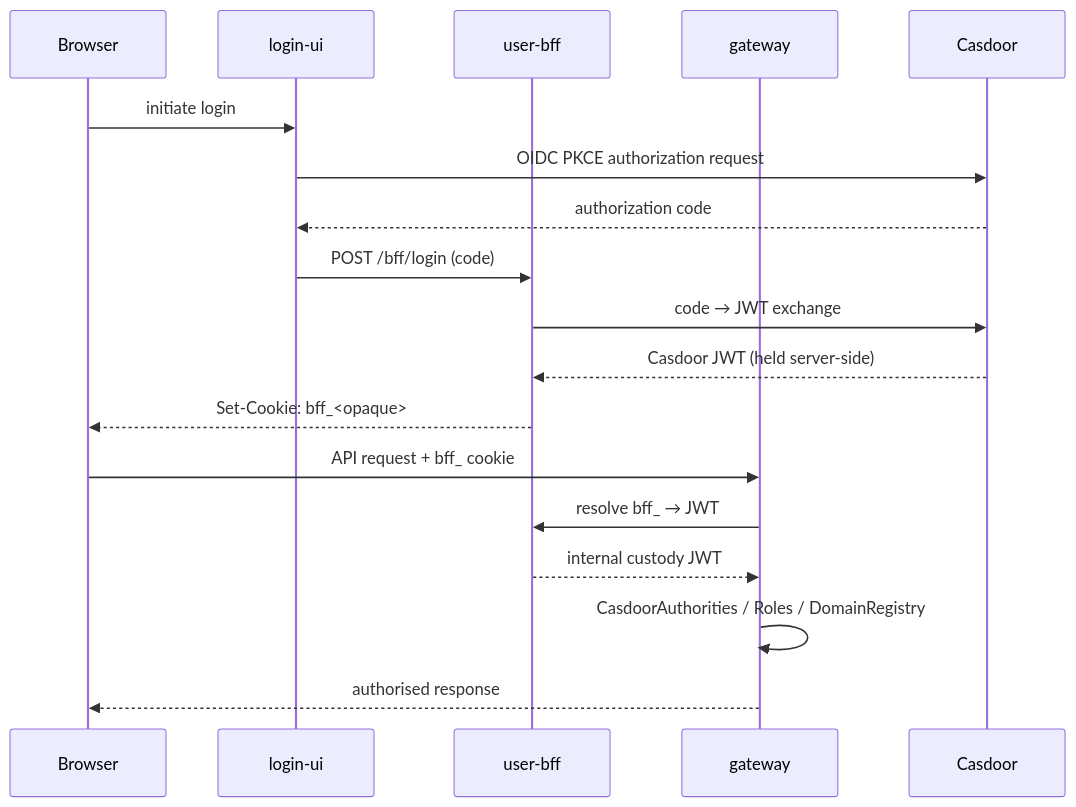
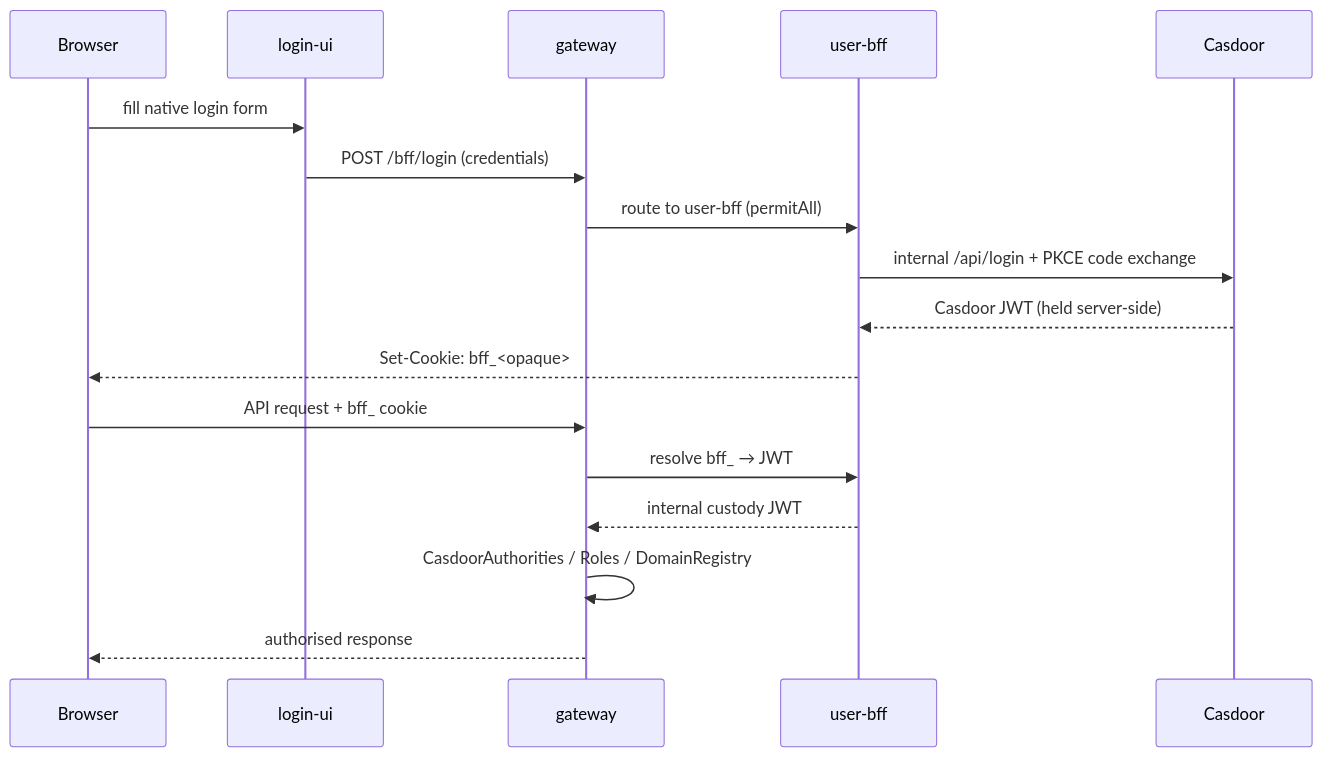
Before and after one commit to hugmesh/hugmesh-commons: the second of 2 diagrams in README.md, drawn with Mermaid. The commit also changed other lines of this file, not shown here.

````diff
--- a/README.md
+++ b/README.md
@@ -196,21 +200,20 @@
   ```mermaid
   sequenceDiagram
       participant Browser
       participant login-ui
+      participant gateway
       participant user-bff
-      participant gateway
       participant Casdoor
 
-      Browser->>login-ui: initiate login
-      login-ui->>Casdoor: OIDC PKCE authorization request
-      Casdoor-->>login-ui: authorization code
-      login-ui->>user-bff: POST /bff/login (code)
-      user-bff->>Casdoor: code → JWT exchange
+      Browser->>login-ui: fill native login form
+      login-ui->>gateway: POST /bff/login (credentials)
+      gateway->>user-bff: route to user-bff (permitAll)
+      user-bff->>Casdoor: internal /api/login + PKCE code exchange
       Casdoor-->>user-bff: Casdoor JWT (held server-side)
       user-bff-->>Browser: Set-Cookie: bff_<opaque>
       Browser->>gateway: API request + bff_ cookie
       gateway->>user-bff: resolve bff_ → JWT
       user-bff-->>gateway: internal custody JWT
       gateway->>gateway: CasdoorAuthorities / Roles / DomainRegistry
       gateway-->>Browser: authorised response
   ```
````
